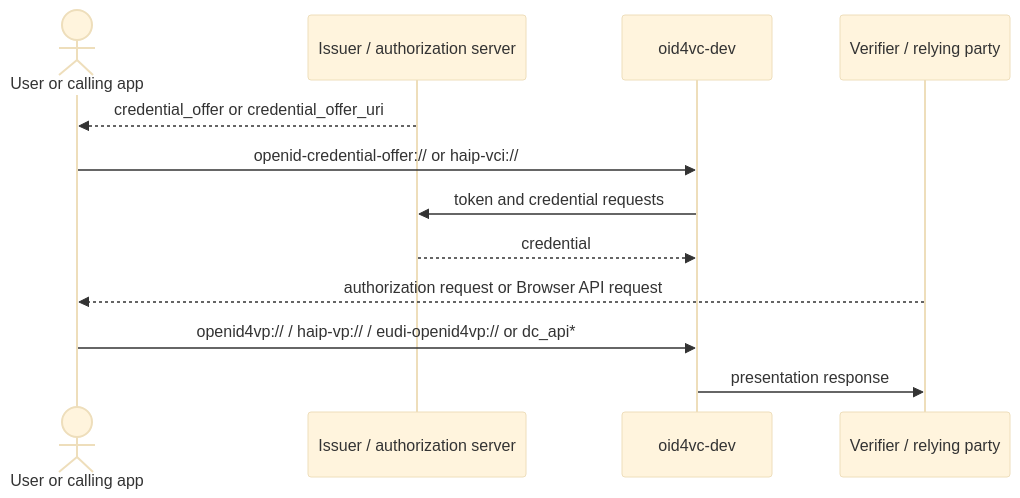
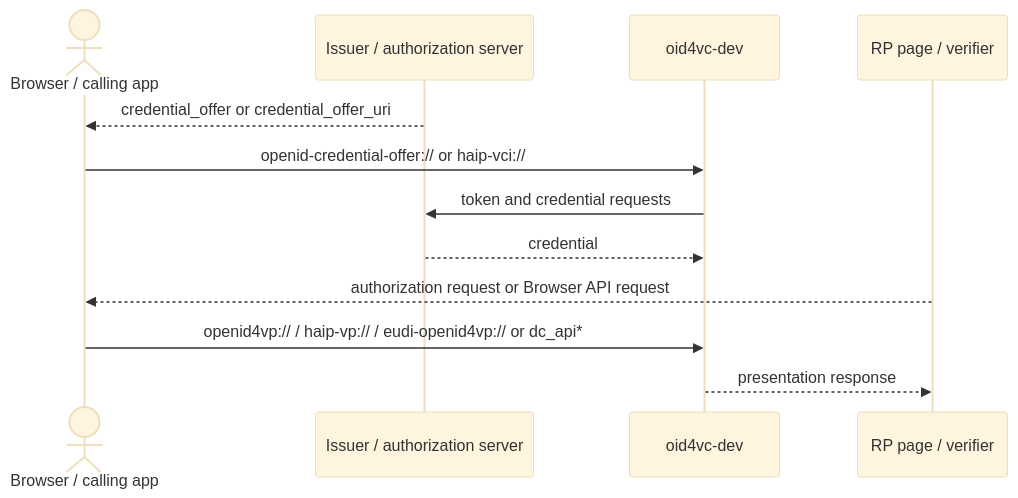
One commit to dominikschlosser/ssi-debugger changed the first of 2 diagrams in docs/diagrams/README.md. Above: the diagram before and after it, drawn with Mermaid (base theme). The commit also changed other lines of this file and 10 other files, not shown here.

````diff
--- a/docs/diagrams/README.md
+++ b/docs/diagrams/README.md
@@ -16,16 +16,16 @@
 ```mermaid
 sequenceDiagram
-    actor User as User or calling app
+    actor Browser as Browser / calling app
     participant Issuer as Issuer / authorization server
     participant Wallet as oid4vc-dev
-    participant Verifier as Verifier / relying party
+    participant RP as RP page / verifier
 
-    Issuer-->>User: credential_offer or credential_offer_uri
-    User->>Wallet: openid-credential-offer:// or haip-vci://
+    Issuer-->>Browser: credential_offer or credential_offer_uri
+    Browser->>Wallet: openid-credential-offer:// or haip-vci://
     Wallet->>Issuer: token and credential requests
     Issuer-->>Wallet: credential
 
-    Verifier-->>User: authorization request or Browser API request
-    User->>Wallet: openid4vp:// / haip-vp:// / eudi-openid4vp:// or dc_api*
-    Wallet->>Verifier: presentation response
+    RP-->>Browser: authorization request or Browser API request
+    Browser->>Wallet: openid4vp:// / haip-vp:// / eudi-openid4vp:// or dc_api*
+    Wallet-->>RP: presentation response
 ```
````
